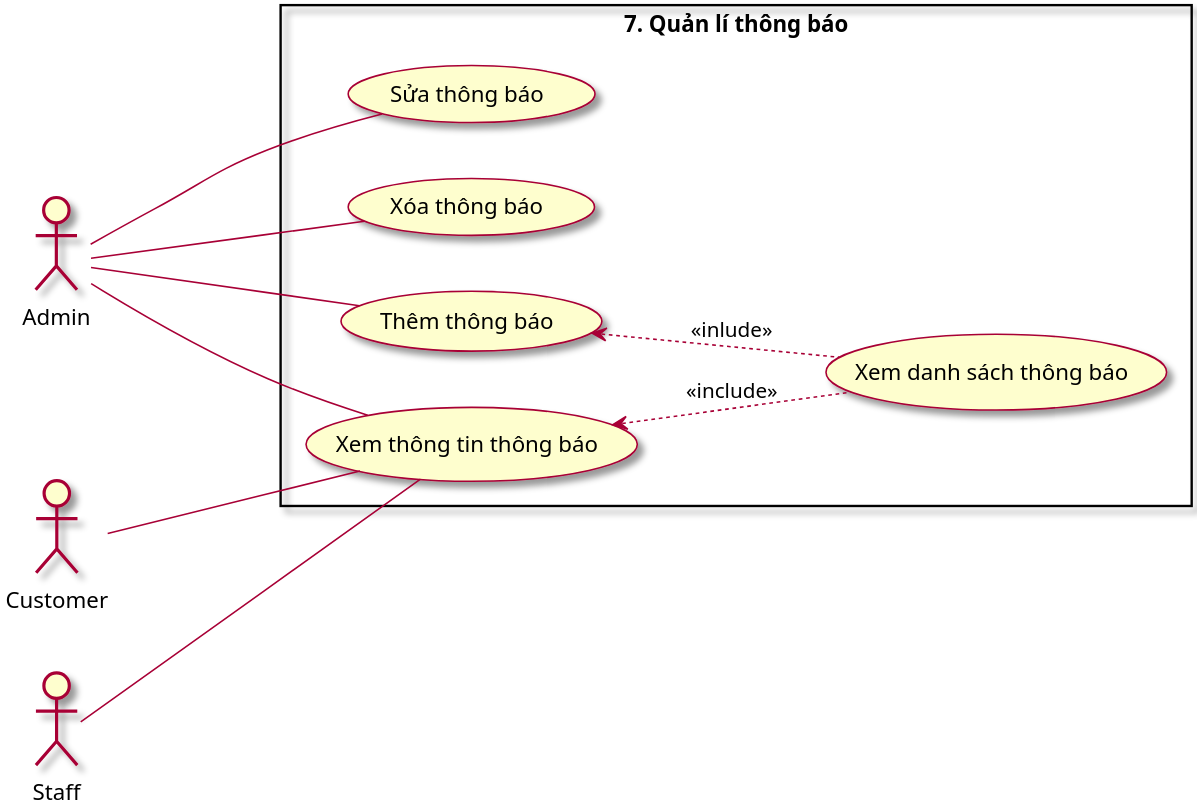
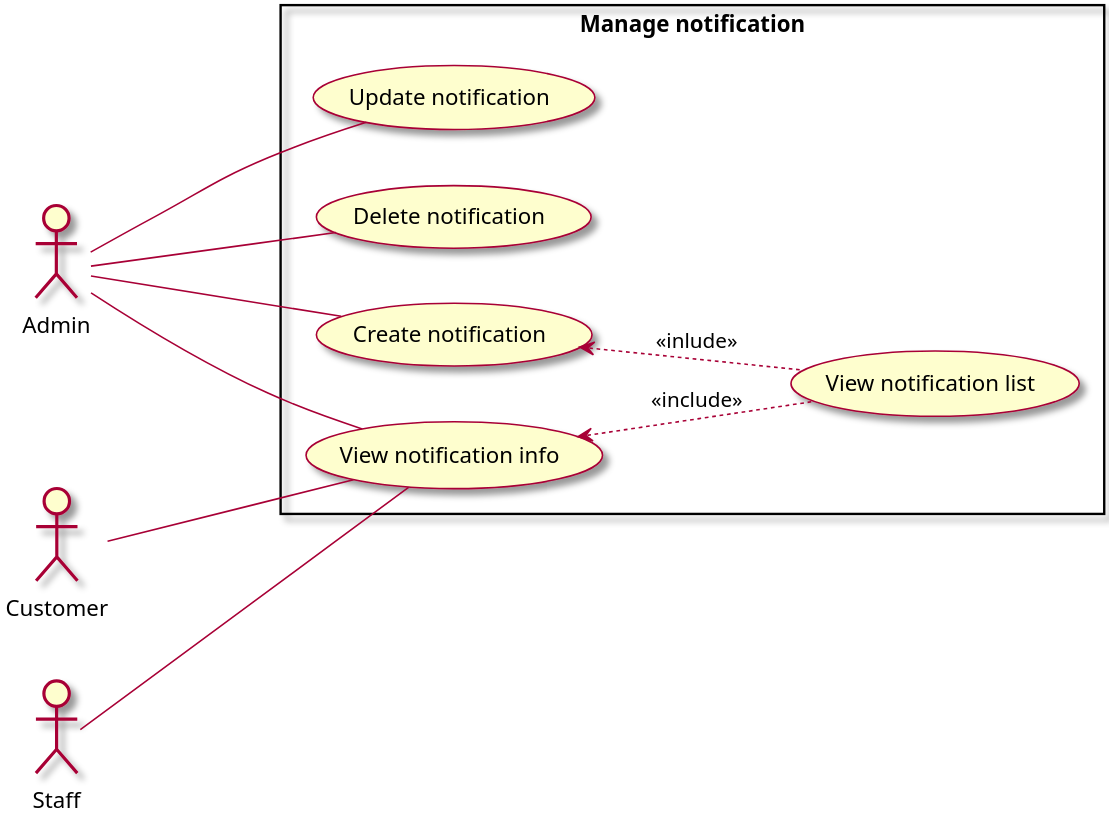
The diagram in Usecase/7. ManageNotification.puml (Marowota/ecommerce-plantuml), drawn with PlantUML before and after one commit. The commit also changed 10 other files, not shown here.

```diff
--- a/Usecase/7. ManageNotification.puml
+++ b/Usecase/7. ManageNotification.puml
@@ -1,32 +1,32 @@
 @startuml ManageNotification
 
 skin rose
 scale 3
 
 left to right direction
 
 actor Admin as admin
 actor Customer as customer
 actor Staff as staff
 
-rectangle "7. Quản lí thông báo" {
-    usecase (Thêm thông báo) as ttb
-    usecase (Xem danh sách thông báo) as xdstb
-    usecase (Xem thông tin thông báo) as xtttb
-    usecase (Sửa thông báo) as stb
-    usecase (Xóa thông báo) as xtb
+rectangle "Manage notification" {
+    usecase (Create notification) as ttb
+    usecase (View notification list) as xdstb
+    usecase (View notification info) as xtttb
+    usecase (Update notification) as stb
+    usecase (Delete notification) as xtb
 }
 
 admin --- ttb
 admin --- xtttb
 admin --- stb
 admin --- xtb
 
 staff --- xtttb
 
 customer --- xtttb
 
 ttb <.. xdstb : <<inlude>>
 xtttb <.. xdstb : <<include>>
 
 @enduml
```
